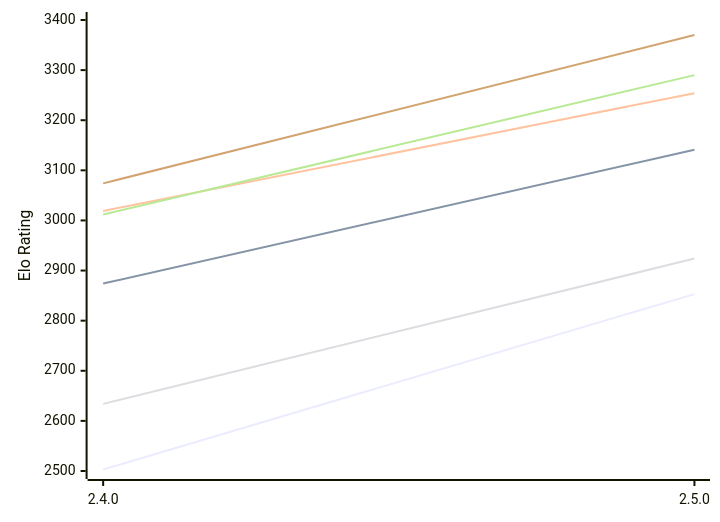
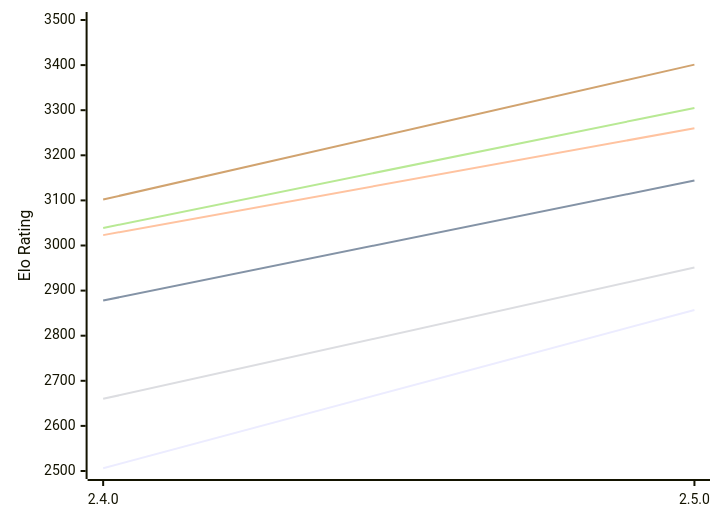
One commit to computer-chess-index/cci changed the diagram in engines/Rarog.md. Above: the diagram before and after it, drawn with Mermaid. The commit also changed other lines of this file, not shown here.

Commit message:
Update CCI Ratings (ELO VLTC) - 2026-10-21

````diff
--- a/engines/Rarog.md
+++ b/engines/Rarog.md
@@ -49,12 +49,12 @@
 ```mermaid
 %%{init: {"theme":"base","themeVariables":{"seriesColors:['#a3a3a3','#222221','#faa371']}}}%%
 xychart-beta
   x-axis ["2.4.0", "2.5.0"]
-  y-axis "Elo Rating" 2500 --> 3400
-  line "E1: STC (8.0+0.08s)" [2503, 2853]
-  line "E1: LTC (60.0+0.60s)" [2874, 3141]
-  line "E1: VLTC (2m24s+1.12s)" [3019, 3254]
-  line "P1: STC (8.0+0.08s)" [2634, 2924]
-  line "P1: LTC (60.0+0.60s)" [3012, 3290]
-  line "P1: VLTC (2m24s+1.12s)" [3074, 3370]
+  y-axis "Elo Rating" 2500 --> 3500
+  line "E1: STC (8.0+0.08s)" [2506, 2857]
+  line "E1: LTC (60.0+0.60s)" [2878, 3144]
+  line "E1: VLTC (2m24s+1.12s)" [3023, 3260]
+  line "P1: STC (8.0+0.08s)" [2660, 2951]
+  line "P1: LTC (60.0+0.60s)" [3039, 3305]
+  line "P1: VLTC (2m24s+1.12s)" [3102, 3401]
 ```
````
